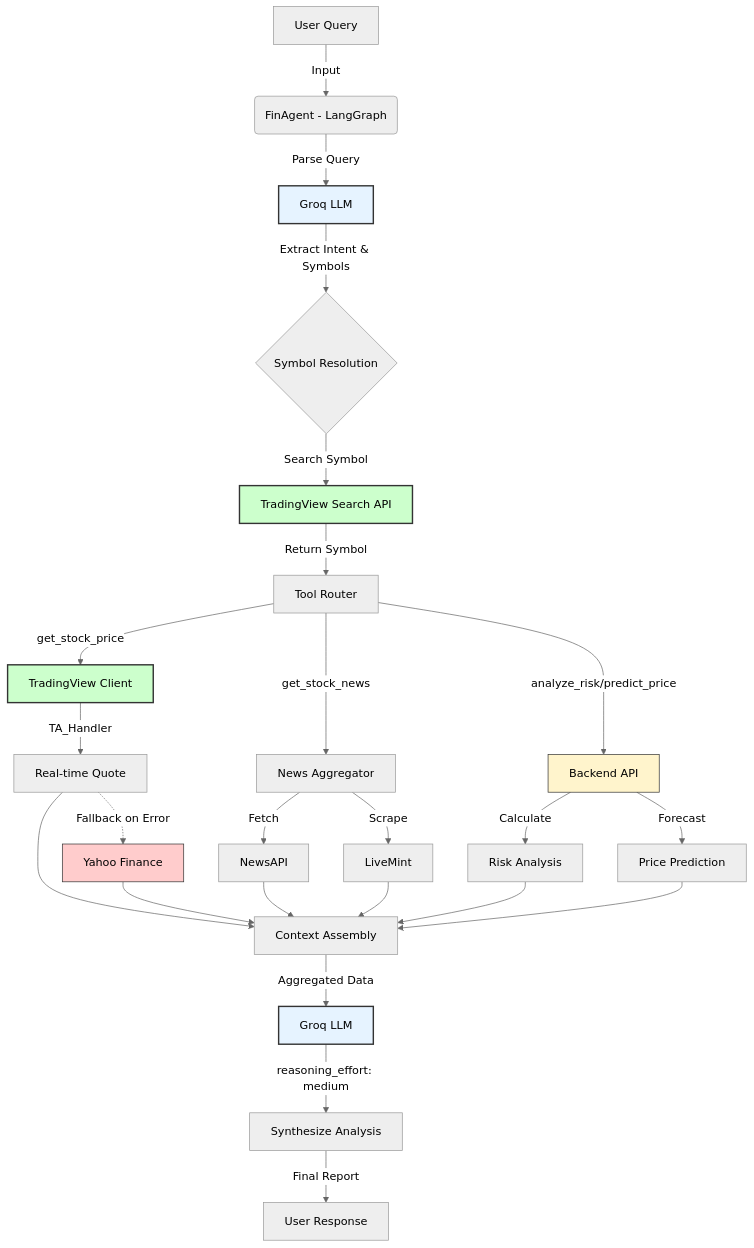
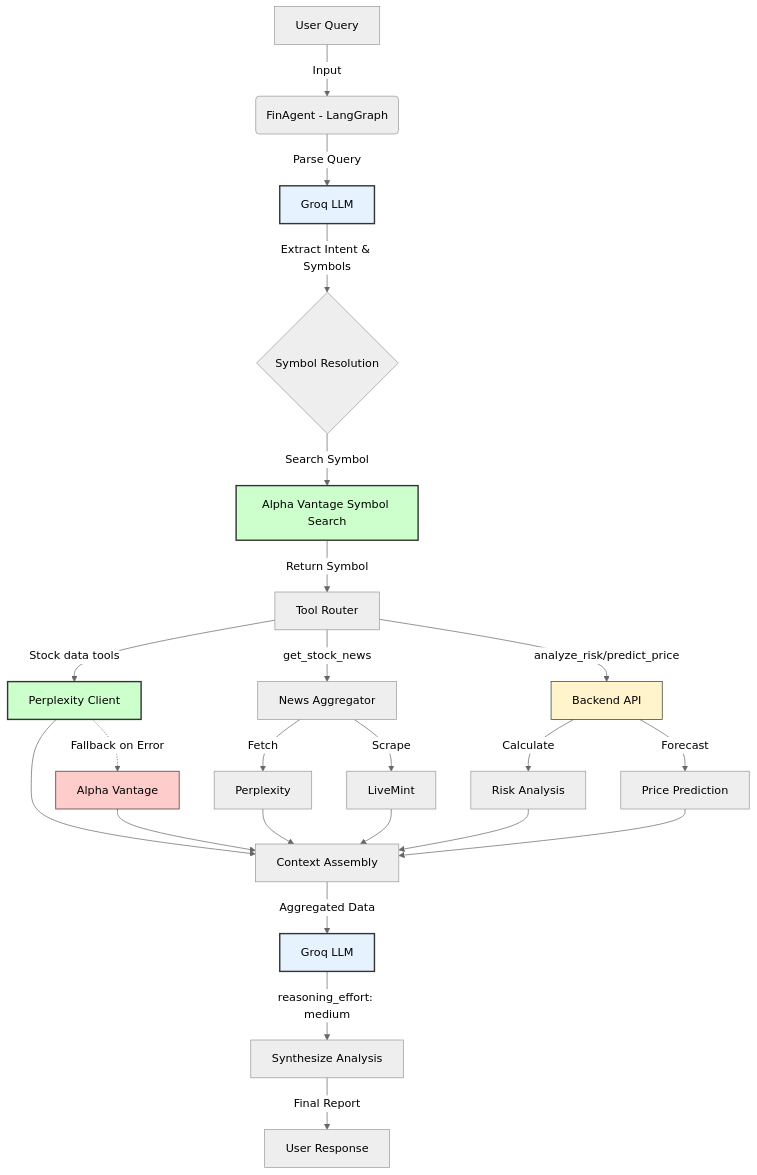
Before and after one commit to Shreyas-prog108/fin-alpha: the diagram in README.md, drawn with Mermaid (neutral theme). The commit also changed other lines of this file and 24 other files, not shown here.

Commit message:
added alphavantage,perplexity, and mint client

````diff
--- a/README.md
+++ b/README.md
@@ -39,39 +46,38 @@
 ```mermaid
 graph TD
     A[User Query] -->|Input| B(FinAgent - LangGraph)
     B -->|Parse Query| C[Groq LLM]
     C -->|Extract Intent & Symbols| D{Symbol Resolution}
-    
-    D -->|Search Symbol| E[TradingView Search API]
+  
+    D -->|Search Symbol| E[Alpha Vantage Symbol Search]
     E -->|Return Symbol| F[Tool Router]
-    
-    F -->|get_stock_price| G[TradingView Client]
-    G -->|TA_Handler| G1[Real-time Quote]
-    G1 -.->|Fallback on Error| H[Yahoo Finance]
-    
+  
+    F -->|Stock data tools| G[Perplexity Client]
+    G -.->|Fallback on Error| H[Alpha Vantage]
+  
     F -->|get_stock_news| I[News Aggregator]
-    I -->|Fetch| J1[NewsAPI]
+    I -->|Fetch| J1[Perplexity]
     I -->|Scrape| J2[LiveMint]
-    
+  
     F -->|analyze_risk/predict_price| K[Backend API]
     K -->|Calculate| L1[Risk Analysis]
     K -->|Forecast| L2[Price Prediction]
-    
-    G1 --> M[Context Assembly]
+  
+    G --> M[Context Assembly]
     H --> M
     J1 --> M
     J2 --> M
     L1 --> M
     L2 --> M
-    
+  
     M -->|Aggregated Data| N[Groq LLM]
     N -->|reasoning_effort: medium| O[Synthesize Analysis]
     O -->|Final Report| P[User Response]
-    
+  
     style E fill:#ccffcc,stroke:#333,stroke-width:2px
     style G fill:#ccffcc,stroke:#333,stroke-width:2px
     style H fill:#ffcccc,stroke:#333
     style C fill:#e6f3ff,stroke:#333,stroke-width:2px
     style N fill:#e6f3ff,stroke:#333,stroke-width:2px
     style K fill:#fff4cc,stroke:#333
 ```
````
